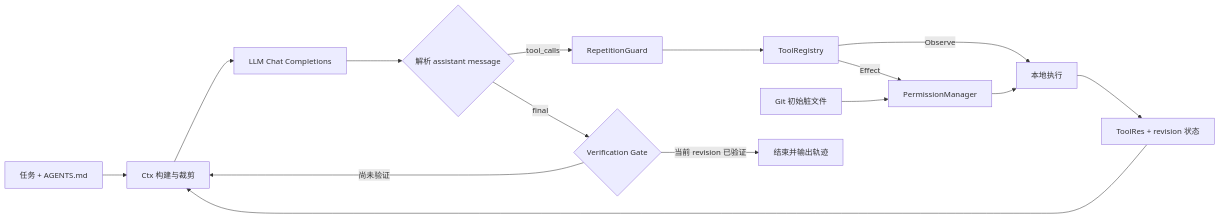
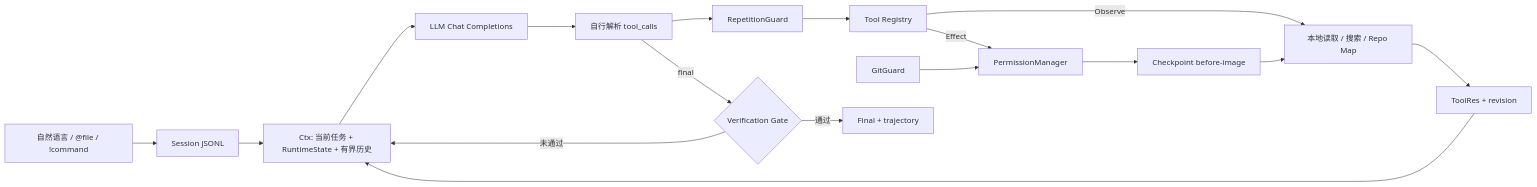
One commit to ashokhaldar924-dev/zxn-coding-agent changed the diagram in README.md. Above: the diagram before and after it, drawn with Mermaid. The commit also changed other lines of this file and 1 other file, not shown here.

Commit message:
docs: explain resumable runtime and evaluation

````diff
--- a/README.md
+++ b/README.md
@@ -67,17 +85,19 @@
 ```mermaid
 flowchart LR
-    A[任务 + AGENTS.md] --> B[Ctx 构建与裁剪]
-    B --> C[LLM Chat Completions]
-    C --> D{解析 assistant message}
-    D -->|tool_calls| R[RepetitionGuard]
-    R --> E[ToolRegistry]
-    E -->|Observe| X[本地执行]
-    E -->|Effect| P[PermissionManager]
-    I[Git 初始脏文件] --> P
-    P --> X
-    X --> F[ToolRes + revision 状态]
-    F --> B
-    D -->|final| G{Verification Gate}
-    G -->|当前 revision 已验证| H[结束并输出轨迹]
-    G -->|尚未验证| B
+    U[自然语言 / @file / !command] --> S[Session JSONL]
+    S --> C[Ctx: 当前任务 + RuntimeState + 有界历史]
+    C --> L[LLM Chat Completions]
+    L --> P[自行解析 tool_calls]
+    P --> R[RepetitionGuard]
+    R --> T[Tool Registry]
+    T -->|Observe| X[本地读取 / 搜索 / Repo Map]
+    T -->|Effect| M[PermissionManager]
+    G[GitGuard] --> M
+    M --> K[Checkpoint before-image]
+    K --> X
+    X --> O[ToolRes + revision]
+    O --> C
+    P -->|final| V{Verification Gate}
+    V -->|通过| F[Final + trajectory]
+    V -->|未通过| C
 ```
````
